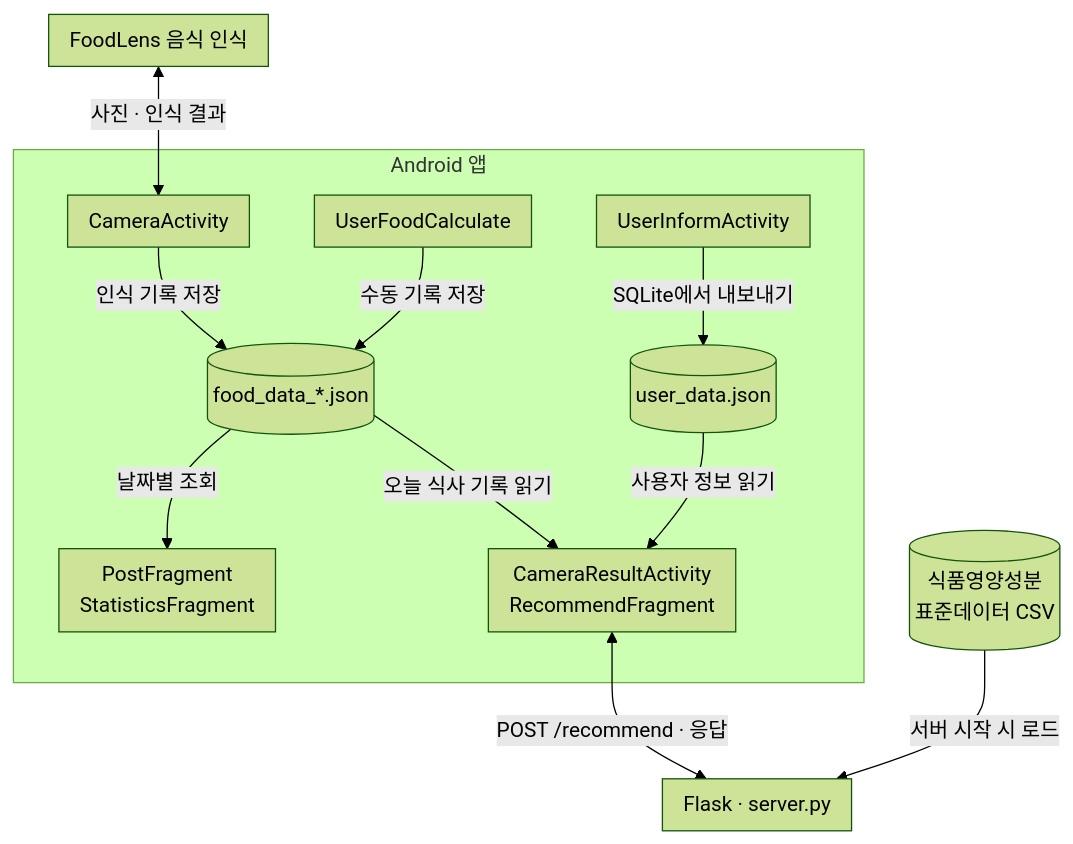
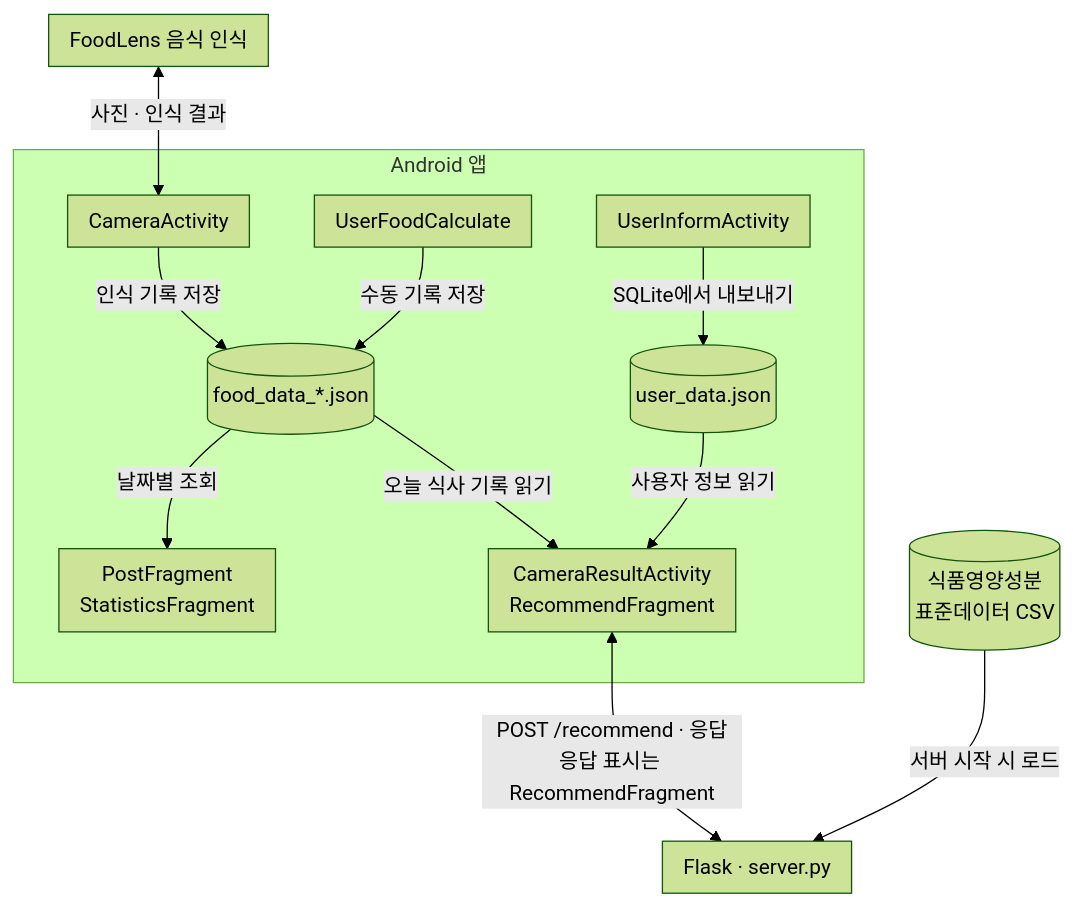
The third of 6 diagrams in src/101-Nutrifit/TechDoc_Nutrifit.md (keeeery/portfolio), drawn with Mermaid (forest theme) before and after one commit. The commit also changed other lines of this file and 12 other files, not shown here.

````diff
--- a/src/101-Nutrifit/TechDoc_Nutrifit.md
+++ b/src/101-Nutrifit/TechDoc_Nutrifit.md
@@ -106,27 +106,27 @@
 ```mermaid
 %%{init: {"flowchart": {"padding": 8, "subGraphTitleMargin": {"top": 0, "bottom": 10}}}}%%
 flowchart TB
     Lens["FoodLens 음식 인식"]
     subgraph App["Android 앱"]
         Camera["CameraActivity"]
         Manual["UserFoodCalculate"]
         Profile["UserInformActivity"]
         Food[("food_data_*.json")]
         User[("user_data.json")]
         Views["PostFragment<br>StatisticsFragment"]
         Request["CameraResultActivity<br/>RecommendFragment"]
         Camera -->|인식 기록 저장| Food
         Manual -->|수동 기록 저장| Food
         Profile -->|SQLite에서 내보내기| User
         Food -->|날짜별 조회| Views
         Food -->|오늘 식사 기록 읽기| Request
         User -->|사용자 정보 읽기| Request
     end
     Lens <-->|사진 · 인식 결과| Camera
-    Request <-->|POST /recommend · 응답| API["Flask · server.py"]
+    Request <-->|POST /recommend · 응답<br>응답 표시는 RecommendFragment| API["Flask · server.py"]
     CSV[("식품영양성분<br>표준데이터 CSV")] -->|서버 시작 시 로드| API
 %% 격자: - Lens - | Manual Camera Profile | - Food User | Views - Request | - CSV API
 %% 화살표 Manual -> Food: 나감=아래 들어감=왼쪽
 %% 화살표 Food -> Views: 나감=아래 들어감=오른쪽
 %% 화살표 Food -> Request: 나감=아래 들어감=왼쪽
 ```
````
